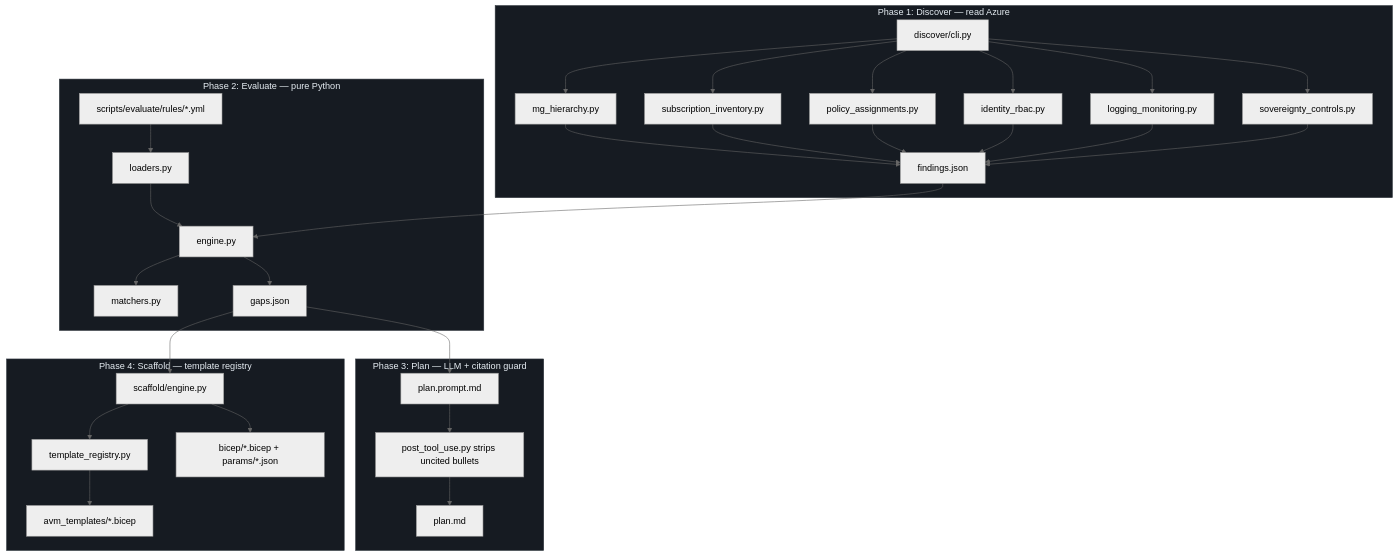
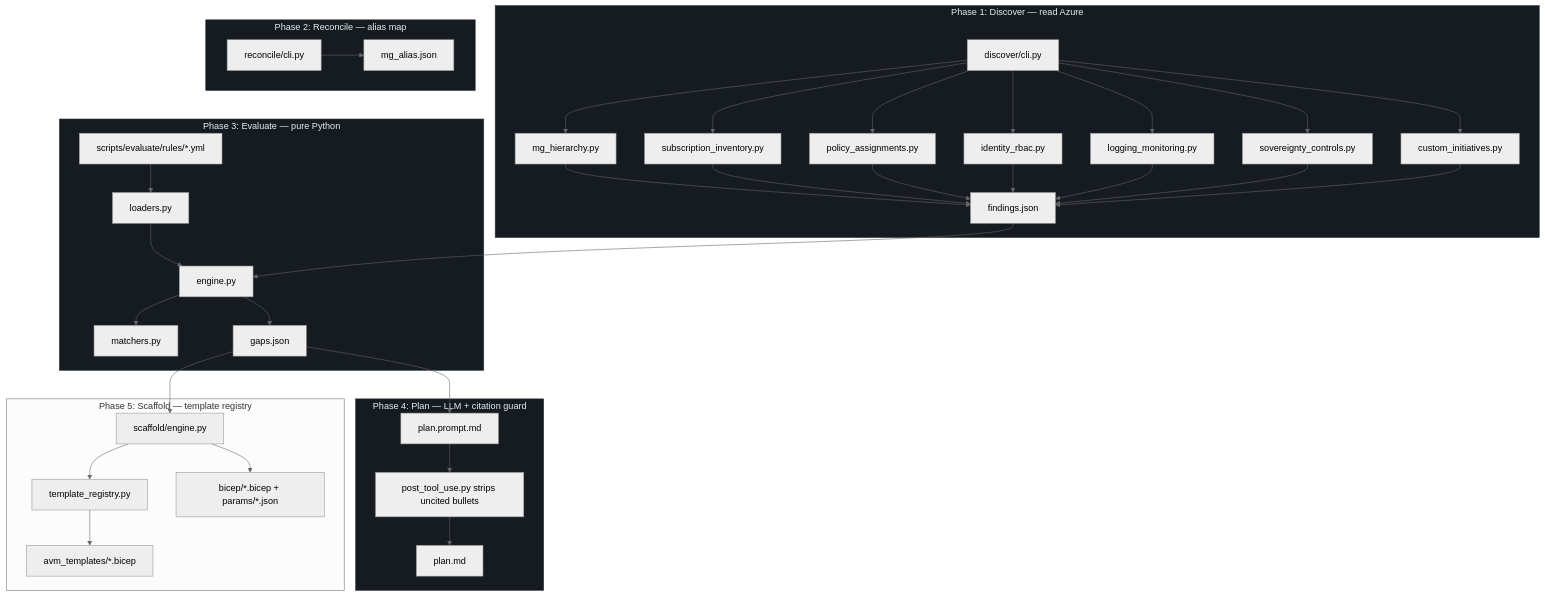
Before and after one commit to msucharda/slz-readiness: the second of 5 diagrams in wiki/docs/onboarding/contributor.md, drawn with Mermaid (neutral theme). The commit also changed other lines of this file and 39 other files, not shown here.

````diff
--- a/wiki/docs/onboarding/contributor.md
+++ b/wiki/docs/onboarding/contributor.md
@@ -134,37 +134,41 @@
 ```mermaid
 flowchart TB
     subgraph Phase1["Phase 1: Discover — read Azure"]
         P1["discover/cli.py"] --> P1A["mg_hierarchy.py"]
         P1 --> P1B["subscription_inventory.py"]
         P1 --> P1C["policy_assignments.py"]
+        P1 --> P1G["custom_initiatives.py"]
         P1 --> P1D["identity_rbac.py"]
         P1 --> P1E["logging_monitoring.py"]
         P1 --> P1F["sovereignty_controls.py"]
-        P1A & P1B & P1C & P1D & P1E & P1F --> P1O["findings.json"]
+        P1A & P1B & P1C & P1D & P1E & P1F & P1G --> P1O["findings.json"]
     end
 
-    subgraph Phase2["Phase 2: Evaluate — pure Python"]
+    subgraph Phase2["Phase 2: Reconcile — alias map"]
+        R1["reconcile/cli.py"] --> R2["mg_alias.json"]
+    end
+    subgraph Phase3["Phase 3: Evaluate — pure Python"]
         P2["engine.py"] --> P2M["matchers.py"]
         P2L["loaders.py"] --> P2
         P2R["scripts/evaluate/rules/*.yml"] --> P2L
         P2 --> P2O["gaps.json"]
     end
 
-    subgraph Phase3["Phase 3: Plan — LLM + citation guard"]
+    subgraph Phase4["Phase 4: Plan — LLM + citation guard"]
         P3["plan.prompt.md"] --> P3H["post_tool_use.py strips uncited bullets"]
         P3H --> P3O["plan.md"]
     end
 
-    subgraph Phase4["Phase 4: Scaffold — template registry"]
+    subgraph Phase5["Phase 5: Scaffold — template registry"]
         P4["scaffold/engine.py"] --> P4R["template_registry.py"]
         P4R --> P4T["avm_templates/*.bicep"]
         P4 --> P4O["bicep/*.bicep + params/*.json"]
     end
 
     P1O --> P2
     P2O --> P3
     P2O --> P4
 
     classDef phase fill:#161b22,stroke:#30363d,color:#e6edf3;
     class Phase1,Phase2,Phase3,Phase4 phase;
 ```
````
